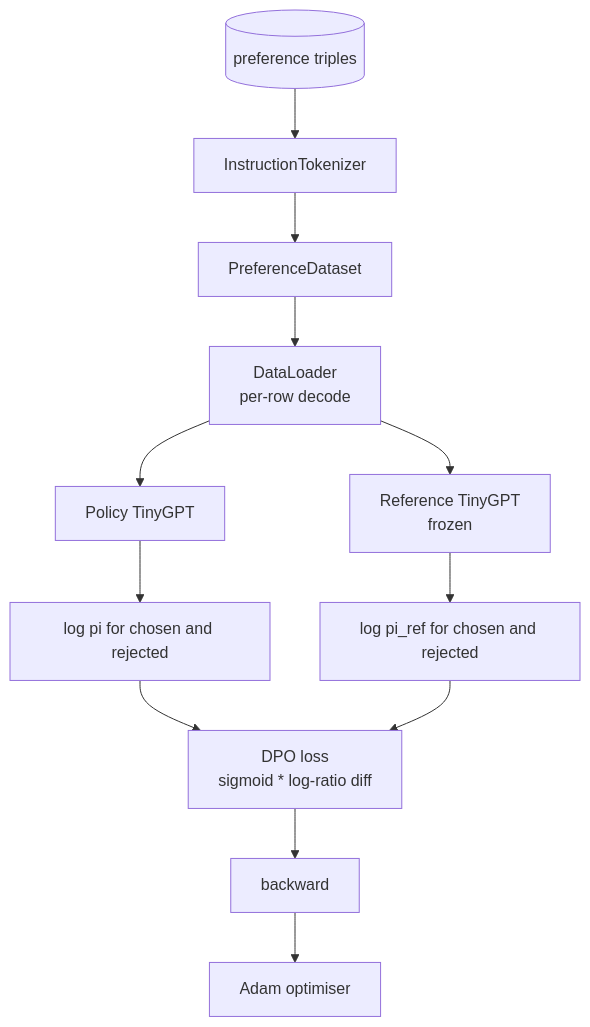
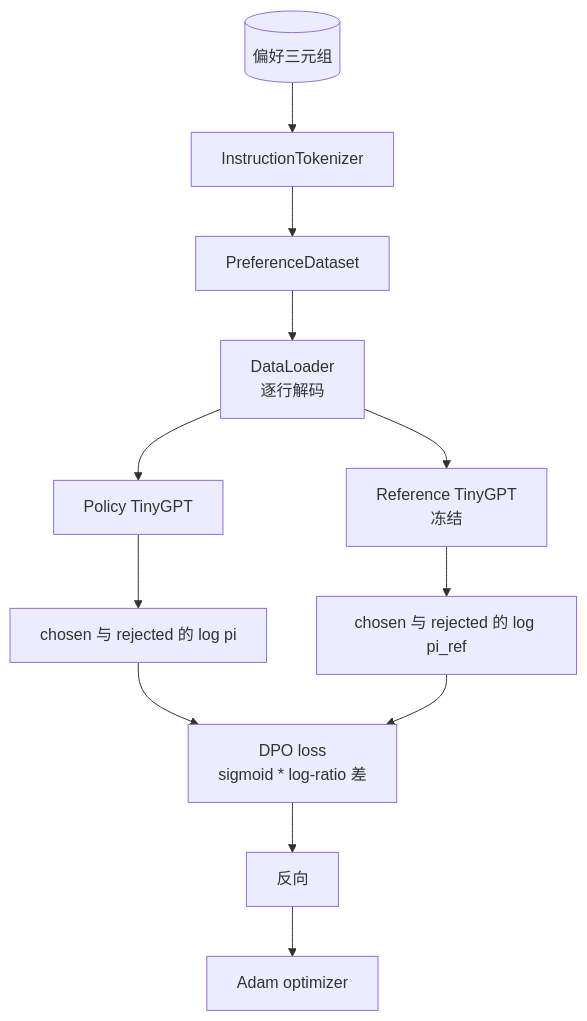
The second of 2 diagrams in phases/19-capstone-projects/40-dpo-from-scratch/docs/zh.md (JerryC8080/ai-engineering-from-scratch-zh), drawn with Mermaid before and after one commit. The commit also changed other lines of this file and 156 other files, not shown here.

First line of the commit message:
i18n(zh): translate mermaid diagram labels in 157 lesson zh.md

````diff
--- a/phases/19-capstone-projects/40-dpo-from-scratch/docs/zh.md
+++ b/phases/19-capstone-projects/40-dpo-from-scratch/docs/zh.md
@@ -120,14 +120,14 @@
 ```mermaid
 flowchart TD
-  P[(preference triples)] --> Tok[InstructionTokenizer]
+  P[(偏好三元组)] --> Tok[InstructionTokenizer]
   Tok --> DS[PreferenceDataset]
-  DS --> DL[DataLoader<br/>per-row decode]
+  DS --> DL[DataLoader<br/>逐行解码]
   DL --> Pol[Policy TinyGPT]
-  DL --> Ref[Reference TinyGPT<br/>frozen]
-  Pol --> LP[log pi for chosen and rejected]
-  Ref --> LR[log pi_ref for chosen and rejected]
-  LP --> Loss[DPO loss<br/>sigmoid * log-ratio diff]
+  DL --> Ref[Reference TinyGPT<br/>冻结]
+  Pol --> LP[chosen 与 rejected 的 log pi]
+  Ref --> LR[chosen 与 rejected 的 log pi_ref]
+  LP --> Loss[DPO loss<br/>sigmoid * log-ratio 差]
   LR --> Loss
-  Loss --> Bwd[backward]
-  Bwd --> Opt[Adam optimiser]
+  Loss --> Bwd[反向]
+  Bwd --> Opt[Adam optimizer]
 ```
````
